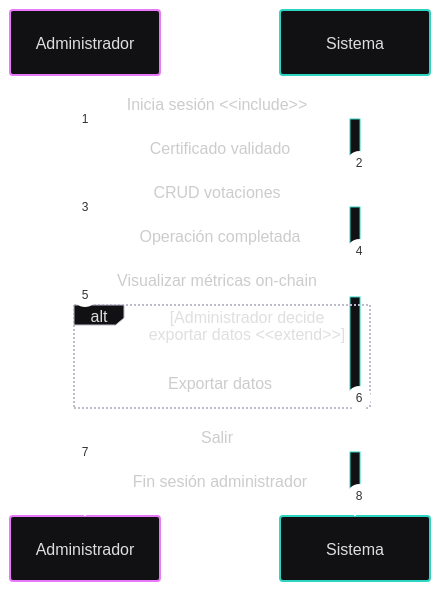
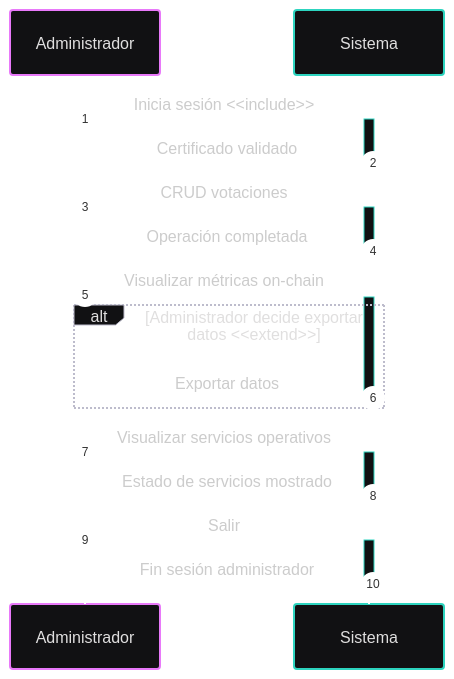
One commit to OnyxVariables/AGORA changed the third of 3 diagrams in docs/Diagrama_Secuencia.md. Above: the diagram before and after it, drawn with Mermaid. The commit also changed other lines of this file and 5 other files, not shown here.

````diff
--- a/docs/Diagrama_Secuencia.md
+++ b/docs/Diagrama_Secuencia.md
@@ -186,24 +192,27 @@
 ```mermaid
 ---
 config:
   theme: redux-dark-color
 ---
 sequenceDiagram
     autonumber
 
     %% Flujo Administrador
     Administrador->>+Sistema: Inicia sesión <<include>>
     Sistema-->>-Administrador: Certificado validado
 
     Administrador->>+Sistema: CRUD votaciones
     Sistema-->>-Administrador: Operación completada
 
     Administrador->>+Sistema: Visualizar métricas on-chain
 
     alt Administrador decide exportar datos <<extend>>
         Sistema-->>-Administrador: Exportar datos
     end
 
+    Administrador->>+Sistema: Visualizar servicios operativos
+    Sistema-->>-Administrador: Estado de servicios mostrado
+
     Administrador->>+Sistema: Salir
     Sistema-->>-Administrador: Fin sesión administrador
 ```
````
